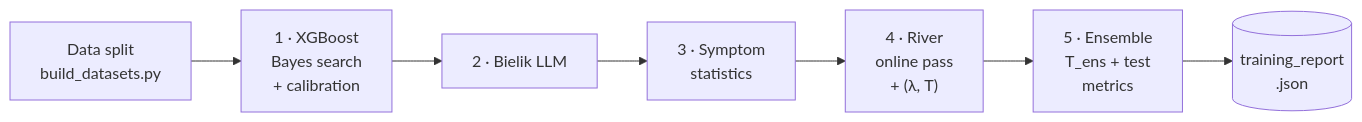
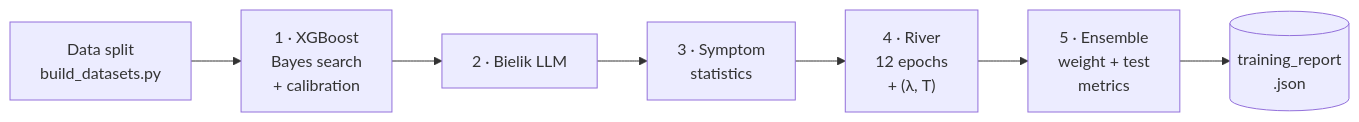
Before and after one commit to Nurek54/SymptomChecker: the third of 3 diagrams in README.md, drawn with Mermaid. The commit also changed other lines of this file and 36 other files, not shown here.

Commit message:
River trenowany w paczkach (90,6%), wagi ensemble z kalibracji, walidacja z testami sparowanymi: ZALICZONE

````diff
--- a/README.md
+++ b/README.md
@@ -215,9 +215,9 @@
 ```mermaid
 flowchart LR
     A["Data split<br/>build_datasets.py"] --> B["1 · XGBoost<br/>Bayes search<br/>+ calibration"]
     B --> C["2 · Bielik LLM"]
     C --> D["3 · Symptom<br/>statistics"]
-    D --> E["4 · River<br/>online pass<br/>+ (λ, T)"]
-    E --> F["5 · Ensemble<br/>T_ens + test<br/>metrics"]
+    D --> E["4 · River<br/>12 epochs<br/>+ (λ, T)"]
+    E --> F["5 · Ensemble<br/>weight + test<br/>metrics"]
     F --> G[("training_report<br/>.json")]
 ```
````
